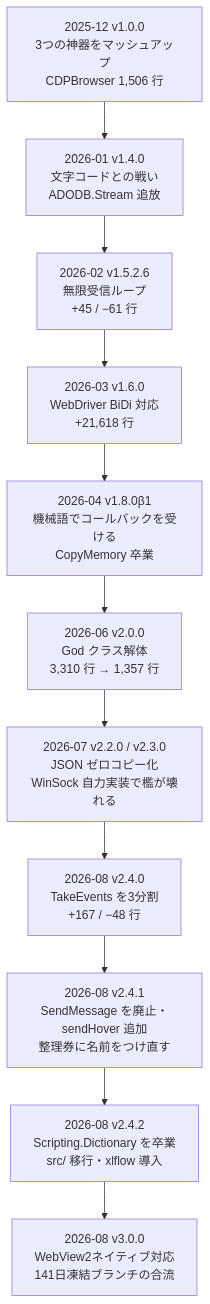
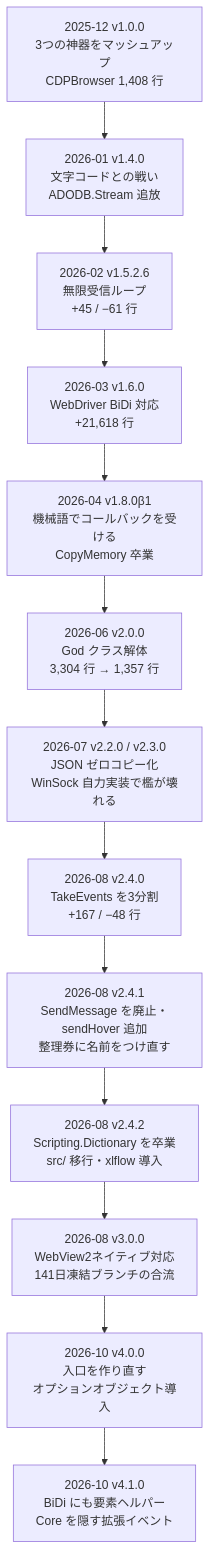
The diagram in docs/stories/birth-story.md (Eschamali/StarterWebScrapingKit), drawn with Mermaid before and after one commit. The commit also changed other lines of this file and 4 other files, not shown here.

````diff
--- a/docs/stories/birth-story.md
+++ b/docs/stories/birth-story.md
@@ -1067,15 +1361,17 @@
 ```mermaid
 flowchart TB
-  a["2025-12 v1.0.0<br/>3つの神器をマッシュアップ<br/>CDPBrowser 1,506 行"]
+  a["2025-12 v1.0.0<br/>3つの神器をマッシュアップ<br/>CDPBrowser 1,408 行"]
   b["2026-01 v1.4.0<br/>文字コードとの戦い<br/>ADODB.Stream 追放"]
   c["2026-02 v1.5.2.6<br/>無限受信ループ<br/>+45 / −61 行"]
   d["2026-03 v1.6.0<br/>WebDriver BiDi 対応<br/>+21,618 行"]
   e["2026-04 v1.8.0β1<br/>機械語でコールバックを受ける<br/>CopyMemory 卒業"]
-  f["2026-06 v2.0.0<br/>God クラス解体<br/>3,310 行 → 1,357 行"]
+  f["2026-06 v2.0.0<br/>God クラス解体<br/>3,304 行 → 1,357 行"]
   g["2026-07 v2.2.0 / v2.3.0<br/>JSON ゼロコピー化<br/>WinSock 自力実装で檻が壊れる"]
   h["2026-08 v2.4.0<br/>TakeEvents を3分割<br/>+167 / −48 行"]
   i["2026-08 v2.4.1<br/>SendMessage を廃止・sendHover 追加<br/>整理券に名前をつけ直す"]
   j["2026-08 v2.4.2<br/>Scripting.Dictionary を卒業<br/>src/ 移行・xlflow 導入"]
   k["2026-08 v3.0.0<br/>WebView2ネイティブ対応<br/>141日凍結ブランチの合流"]
-  a --> b --> c --> d --> e --> f --> g --> h --> i --> j --> k
+  l["2026-10 v4.0.0<br/>入口を作り直す<br/>オプションオブジェクト導入"]
+  m["2026-10 v4.1.0<br/>BiDi にも要素ヘルパー<br/>Core を隠す拡張イベント"]
+  a --> b --> c --> d --> e --> f --> g --> h --> i --> j --> k --> l --> m
 ```
````
